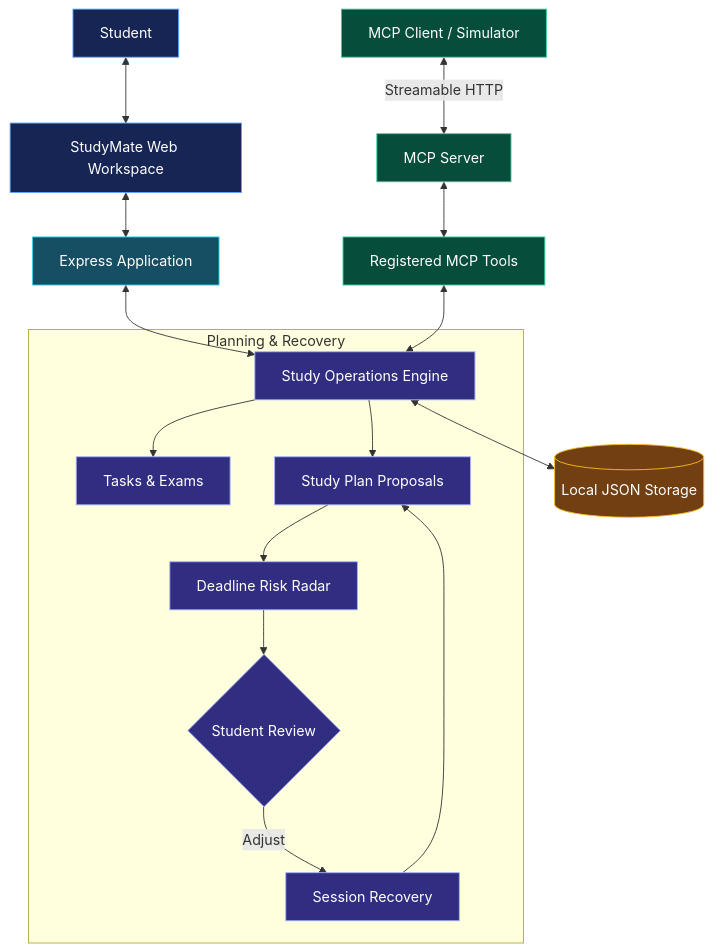
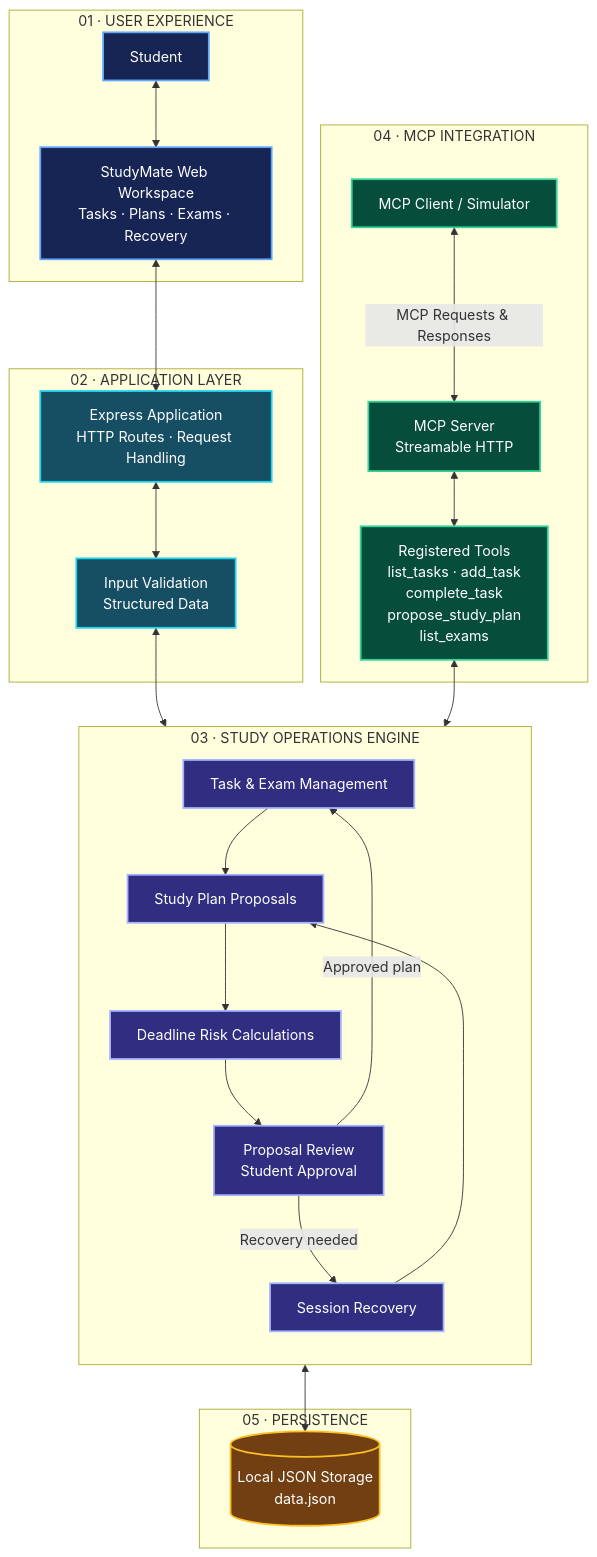
Before and after one commit to shikharxcodes/amzan_hack: the first of 2 diagrams in README.md, drawn with Mermaid. The commit also changed other lines of this file, not shown here.

Commit message:
Improve hackathon README

````diff
--- a/README.md
+++ b/README.md
@@ -13,34 +24,59 @@
 ```mermaid
 flowchart TB
-    U["Student"] <--> UI["StudyMate Web Workspace"]
+    subgraph USER["01 · USER EXPERIENCE"]
+        U["Student"]
+        UI["StudyMate Web Workspace<br/>Tasks · Plans · Exams · Recovery"]
+        U <--> UI
+    end
 
-    UI <--> API["Express Application"]
-    API <--> CORE["Study Operations Engine"]
+    subgraph APP["02 · APPLICATION LAYER"]
+        API["Express Application<br/>HTTP Routes · Request Handling"]
+        VALID["Input Validation<br/>Structured Data"]
+        API <--> VALID
+    end
 
-    subgraph ENGINE["Planning & Recovery"]
-        CORE --> TASKS["Tasks & Exams"]
-        CORE --> PLAN["Study Plan Proposals"]
-        PLAN --> RISK["Deadline Risk Radar"]
-        RISK --> REVIEW{"Student Review"}
-        REVIEW -->|Adjust| REC["Session Recovery"]
+    subgraph CORE["03 · STUDY OPERATIONS ENGINE"]
+        direction TB
+        TASK["Task & Exam Management"]
+        PLAN["Study Plan Proposals"]
+        RISK["Deadline Risk Calculations"]
+        REC["Session Recovery"]
+        APPROVE["Proposal Review<br/>Student Approval"]
+        
+        TASK --> PLAN
+        PLAN --> RISK
+        RISK --> APPROVE
+        APPROVE -->|Approved plan| TASK
+        APPROVE -->|Recovery needed| REC
         REC --> PLAN
     end
 
-    CLIENT["MCP Client / Simulator"] <-->|Streamable HTTP| MCP["MCP Server"]
-    MCP <--> TOOLS["Registered MCP Tools"]
+    subgraph MCP["04 · MCP INTEGRATION"]
+        CLIENT["MCP Client / Simulator"]
+        SERVER["MCP Server<br/>Streamable HTTP"]
+        TOOLS["Registered Tools<br/>list_tasks · add_task<br/>complete_task<br/>propose_study_plan<br/>list_exams"]
+        CLIENT <-->|MCP Requests & Responses| SERVER
+        SERVER <--> TOOLS
+    end
+
+    subgraph DATA["05 · PERSISTENCE"]
+        STORE[("Local JSON Storage<br/>data.json")]
+    end
+
+    UI <--> API
+    VALID <--> CORE
     TOOLS <--> CORE
+    CORE <--> STORE
 
-    CORE <--> DB[("Local JSON Storage")]
-
-    classDef user fill:#172554,stroke:#60A5FA,color:#fff
-    classDef app fill:#164E63,stroke:#22D3EE,color:#fff
-    classDef engine fill:#312E81,stroke:#A5B4FC,color:#fff
-    classDef protocol fill:#064E3B,stroke:#34D399,color:#fff
-    classDef storage fill:#713F12,stroke:#FBBF24,color:#fff
+    classDef user fill:#172554,stroke:#60A5FA,color:#FFFFFF,stroke-width:2px
+    classDef app fill:#164E63,stroke:#22D3EE,color:#FFFFFF,stroke-width:2px
+    classDef core fill:#312E81,stroke:#A5B4FC,color:#FFFFFF,stroke-width:2px
+    classDef mcp fill:#064E3B,stroke:#34D399,color:#FFFFFF,stroke-width:2px
+    classDef data fill:#713F12,stroke:#FBBF24,color:#FFFFFF,stroke-width:2px
 
     class U,UI user
-    class API app
-    class CORE,TASKS,PLAN,RISK,REVIEW,REC engine
-    class CLIENT,MCP,TOOLS protocol
-    class DB storage
+    class API,VALID app
+    class TASK,PLAN,RISK,REC,APPROVE core
+    class CLIENT,SERVER,TOOLS mcp
+    class STORE data
 ```
````
